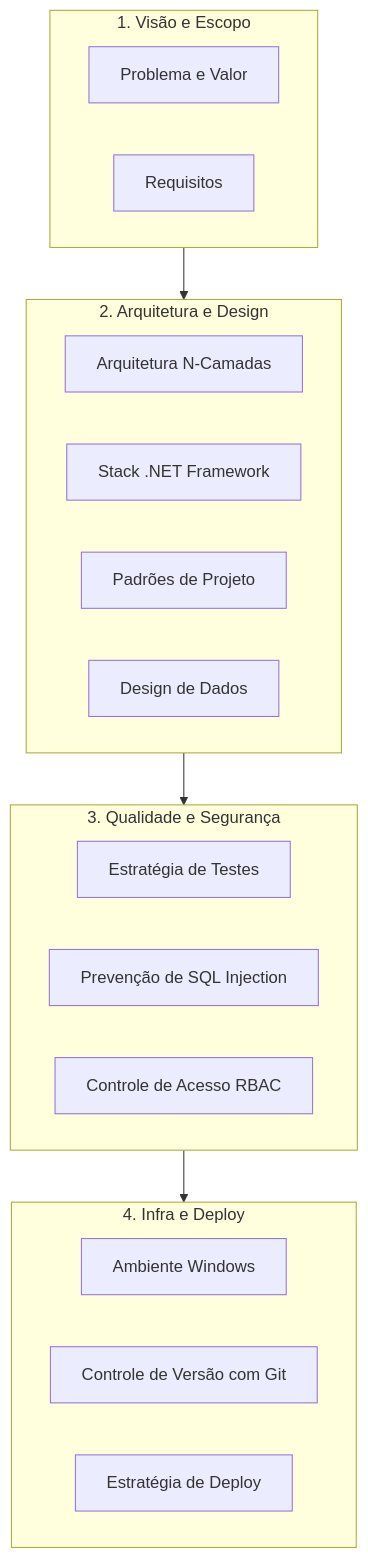
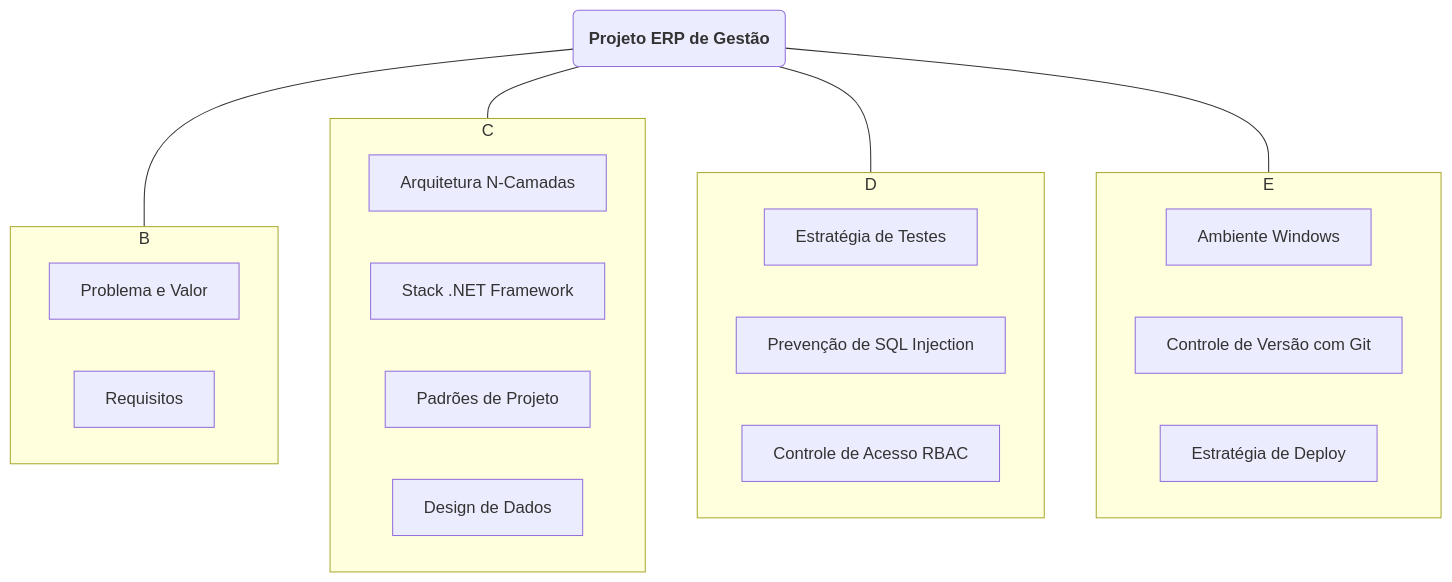
Before and after one commit to Naasso/Sistema-de-Gest-o-Empresarial-Full-Stack: the first of 3 diagrams in README.md, drawn with Mermaid.

````diff
--- a/README.md
+++ b/README.md
@@ -42,28 +42,31 @@
 ```mermaid
 graph TD
-    subgraph A [1. Visão e Escopo]
-        A1[Problema e Valor]
-        A2[Requisitos]
+    A("<b>Projeto ERP de Gestão</b>") --- B["1. Visão e Escopo"];
+    A --- C["2. Arquitetura e Design"];
+    A --- D["3. Qualidade e Segurança"];
+    A --- E["4. Infra e Deploy"];
+
+    subgraph B
+        B1["Problema e Valor"];
+        B2["Requisitos"];
     end
 
-    subgraph B [2. Arquitetura e Design]
-        B1[Arquitetura N-Camadas]
-        B2[Stack .NET Framework]
-        B3[Padrões de Projeto]
-        B4[Design de Dados]
+    subgraph C
+        C1["Arquitetura N-Camadas"];
+        C2["Stack .NET Framework"];
+        C3["Padrões de Projeto"];
+        C4["Design de Dados"];
     end
     
-    subgraph C [3. Qualidade e Segurança]
-        C1[Estratégia de Testes]
-        C2[Prevenção de SQL Injection]
-        C3[Controle de Acesso RBAC]
+    subgraph D
+        D1["Estratégia de Testes"];
+        D2["Prevenção de SQL Injection"];
+        D3["Controle de Acesso RBAC"];
     end
 
-    subgraph D [4. Infra e Deploy]
-        D1[Ambiente Windows]
-        D2[Controle de Versão com Git]
-        D3[Estratégia de Deploy]
+    subgraph E
+        E1["Ambiente Windows"];
+        E2["Controle de Versão com Git"];
+        E3["Estratégia de Deploy"];
     end
-
-    A --> B --> C --> D
 ```
````
